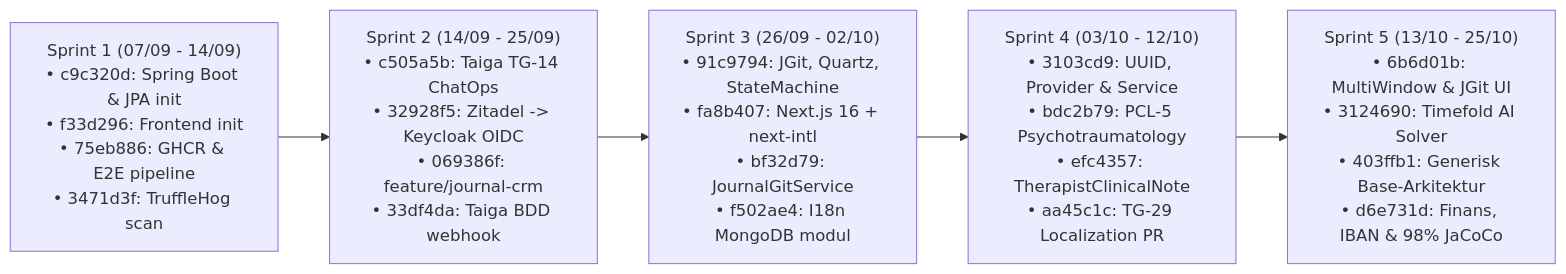
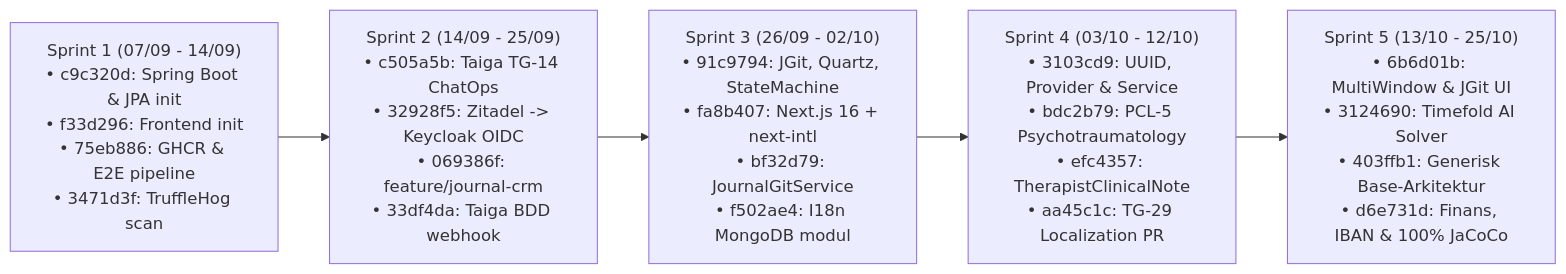
Before and after one commit to 7-3-N-3-7/api: the second of 25 diagrams in HOVEDOPGAVE_DIAGRAMMER.md, drawn with Mermaid. The commit also changed other lines of this file and 68 other files, not shown here.

````diff
--- a/HOVEDOPGAVE_DIAGRAMMER.md
+++ b/HOVEDOPGAVE_DIAGRAMMER.md
@@ -82,10 +82,10 @@
 ```mermaid
 flowchart LR
     S1["Sprint 1 (07/09 - 14/09)\n• c9c320d: Spring Boot & JPA init\n• f33d296: Frontend init\n• 75eb886: GHCR & E2E pipeline\n• 3471d3f: TruffleHog scan"]
     S2["Sprint 2 (14/09 - 25/09)\n• c505a5b: Taiga TG-14 ChatOps\n• 32928f5: Zitadel -> Keycloak OIDC\n• 069386f: feature/journal-crm\n• 33df4da: Taiga BDD webhook"]
     S3["Sprint 3 (26/09 - 02/10)\n• 91c9794: JGit, Quartz, StateMachine\n• fa8b407: Next.js 16 + next-intl\n• bf32d79: JournalGitService\n• f502ae4: I18n MongoDB modul"]
     S4["Sprint 4 (03/10 - 12/10)\n• 3103cd9: UUID, Provider & Service\n• bdc2b79: PCL-5 Psychotraumatology\n• efc4357: TherapistClinicalNote\n• aa45c1c: TG-29 Localization PR"]
-    S5["Sprint 5 (13/10 - 25/10)\n• 6b6d01b: MultiWindow & JGit UI\n• 3124690: Timefold AI Solver\n• 403ffb1: Generisk Base-Arkitektur\n• d6e731d: Finans, IBAN & 98% JaCoCo"]
+    S5["Sprint 5 (13/10 - 25/10)\n• 6b6d01b: MultiWindow & JGit UI\n• 3124690: Timefold AI Solver\n• 403ffb1: Generisk Base-Arkitektur\n• d6e731d: Finans, IBAN & 100% JaCoCo"]
 
     S1 --> S2 --> S3 --> S4 --> S5
 ```
````
